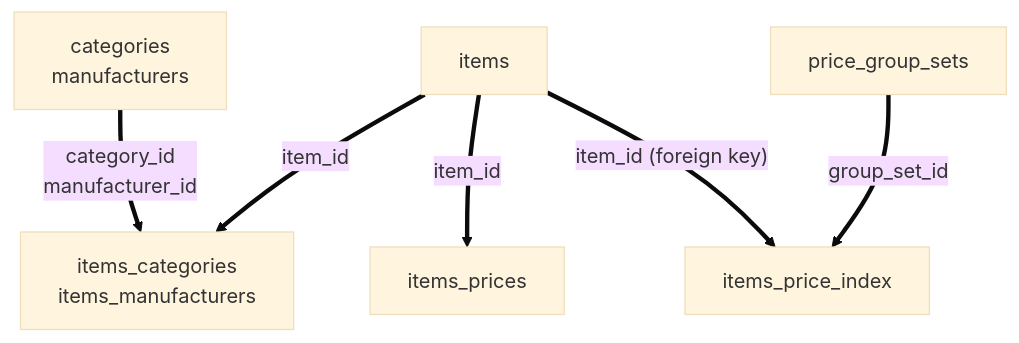
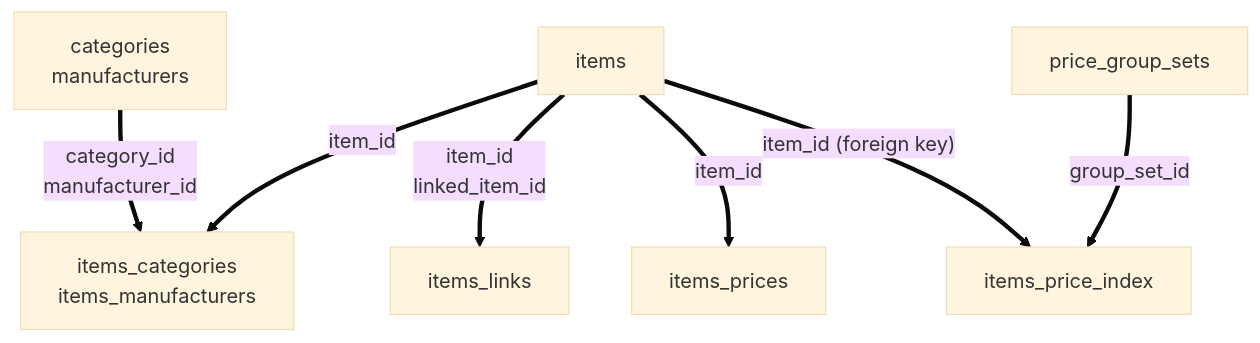
Before and after one commit to Easylogic-CO-LP/Alfa-Commerce-Manual: the first of 6 diagrams in docs/architecture/database-schema.md, drawn with Mermaid (base theme). The commit also changed other lines of this file and 3 other files, not shown here.

Commit message:
Documents, orders API and database schema: numbers in the document's language, the order's currency and a PATCH that changes only what it sends, related products

````diff
--- a/docs/architecture/database-schema.md
+++ b/docs/architecture/database-schema.md
@@ -37,8 +37,9 @@
 ```mermaid
 flowchart TB
     items["items"] ==>|item_id| links["items_categories<br/>items_manufacturers"]
     owners["categories<br/>manufacturers"] ==>|category_id<br/>manufacturer_id| links
+    items ==>|item_id<br/>linked_item_id| related["items_links"]
     items ==>|item_id| prices["items_prices"]
     items ==>|"item_id (foreign key)"| index["items_price_index"]
     sets["price_group_sets"] ==>|group_set_id| index
 ```
````
